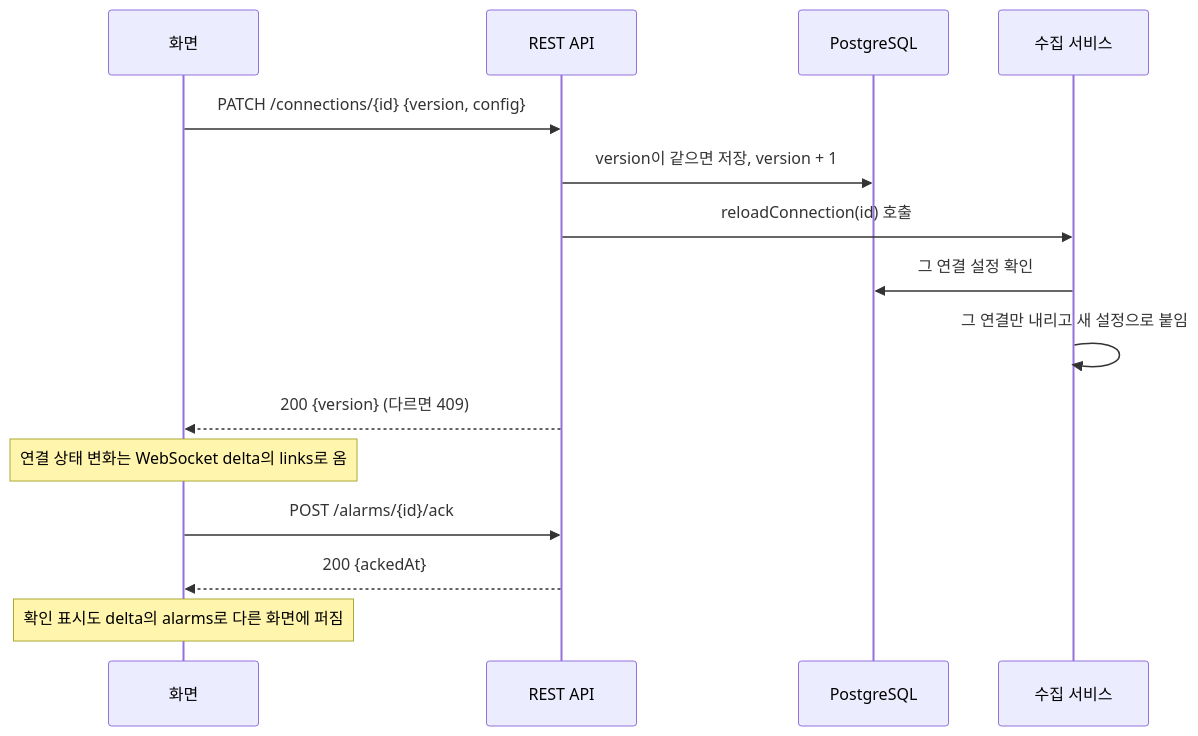
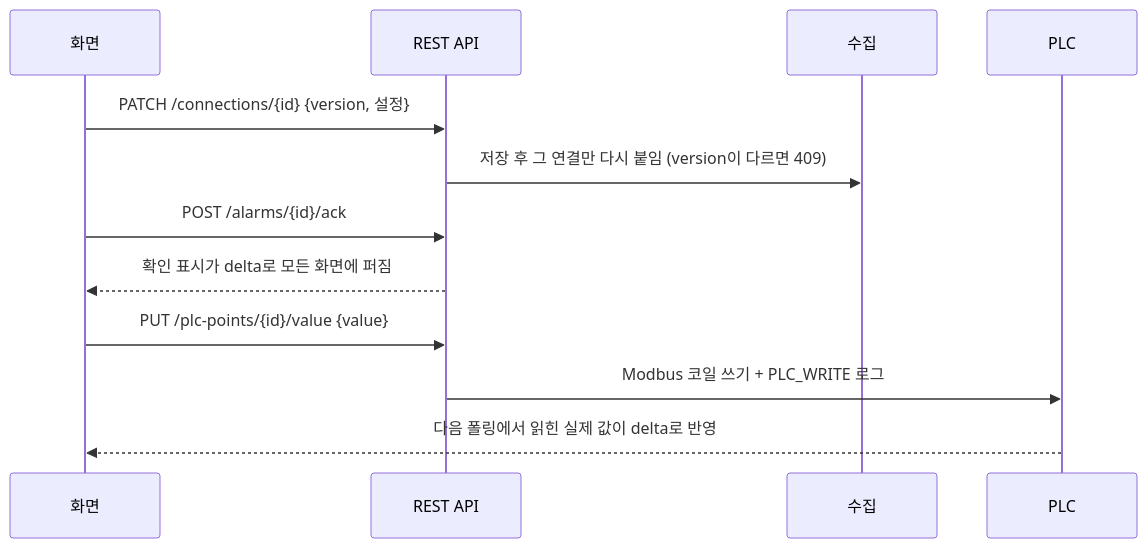
The second of 2 diagrams in docs/design.md (dksalsgus/agv-amr-control-middleware), drawn with Mermaid before and after one commit. The commit also changed other lines of this file and 1 other file, not shown here.

````diff
--- a/docs/design.md
+++ b/docs/design.md
@@ -118,17 +110,14 @@
 ```mermaid
 sequenceDiagram
   participant W as 화면
   participant API as REST API
-  participant DB as PostgreSQL
-  participant SC as 수집 서비스
-  W->>API: PATCH /connections/{id} {version, config}
-  API->>DB: version이 같으면 저장, version + 1
-  API->>SC: reloadConnection(id) 호출
-  SC->>DB: 그 연결 설정 확인
-  SC->>SC: 그 연결만 내리고 새 설정으로 붙임
-  API-->>W: 200 {version} (다르면 409)
-  Note over W: 연결 상태 변화는 WebSocket delta의 links로 옴
+  participant ING as 수집
+  participant P as PLC
+  W->>API: PATCH /connections/{id} {version, 설정}
+  API->>ING: 저장 후 그 연결만 다시 붙임 (version이 다르면 409)
   W->>API: POST /alarms/{id}/ack
-  API-->>W: 200 {ackedAt}
-  Note over W: 확인 표시도 delta의 alarms로 다른 화면에 퍼짐
+  API-->>W: 확인 표시가 delta로 모든 화면에 퍼짐
+  W->>API: PUT /plc-points/{id}/value {value}
+  API->>P: Modbus 코일 쓰기 + PLC_WRITE 로그
+  P-->>W: 다음 폴링에서 읽힌 실제 값이 delta로 반영
 ```
````
